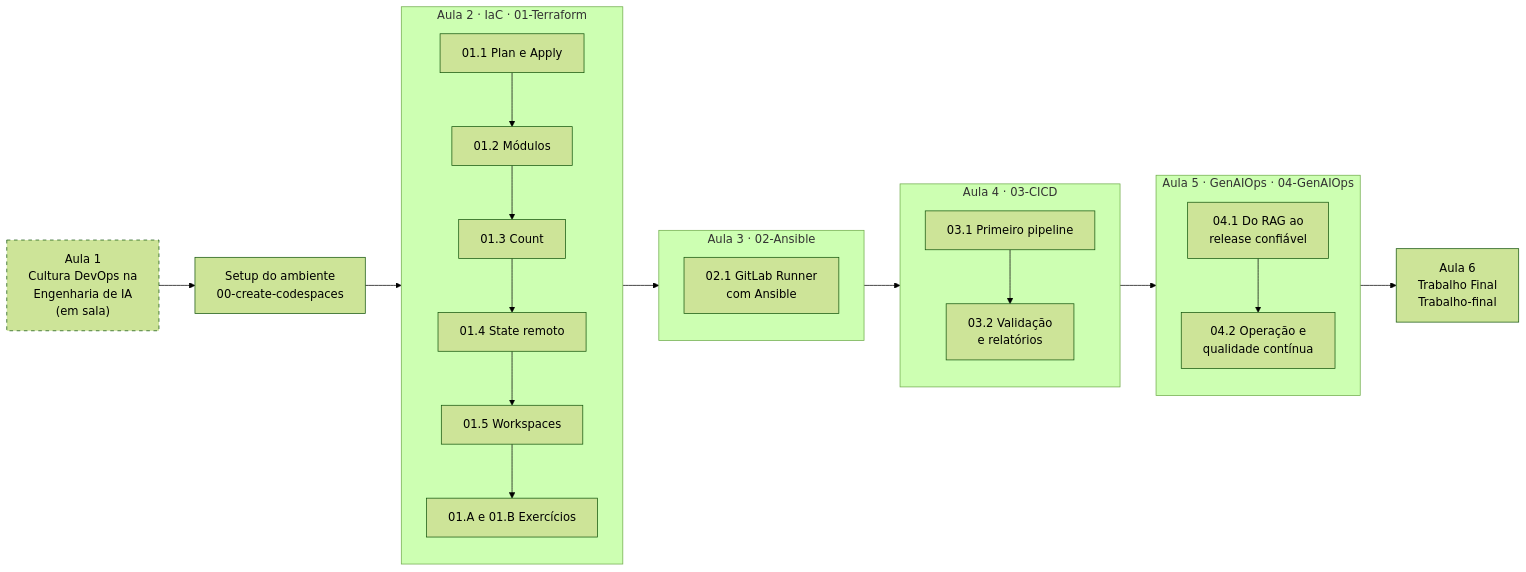
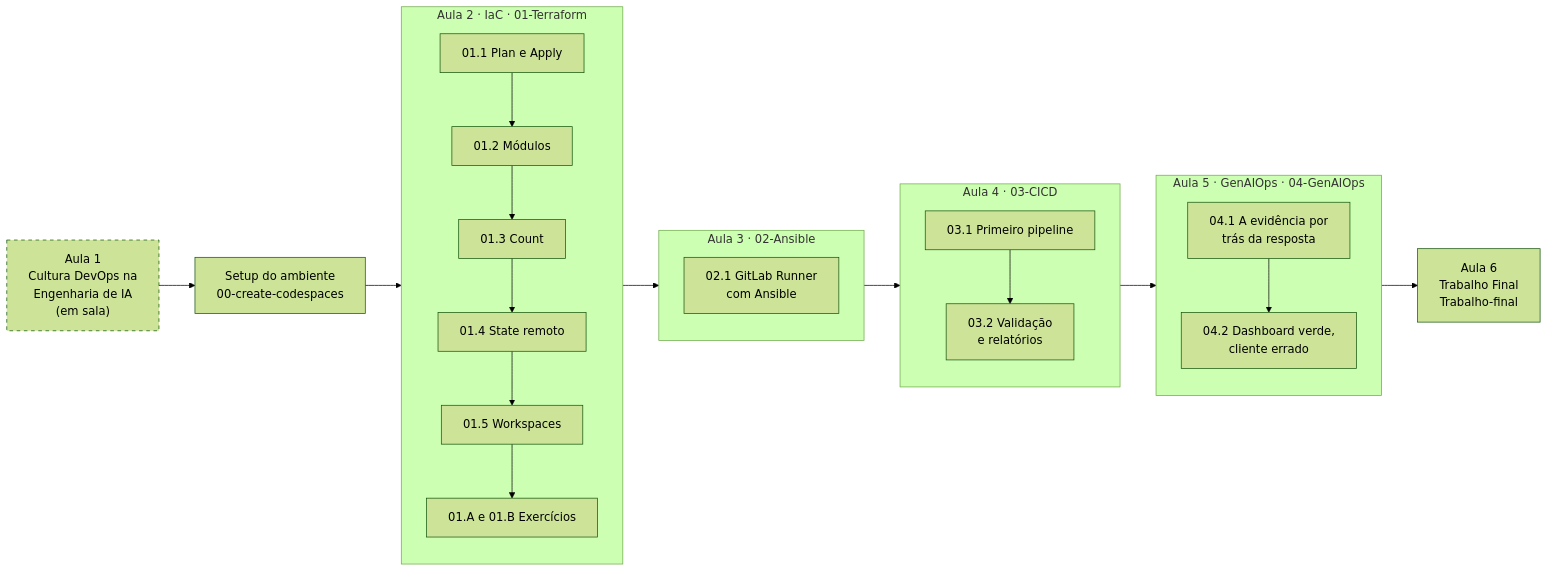
One commit to DiegoRicco/FIAP-AI-Devops-CICD changed the diagram in README.md. Above: the diagram before and after it, drawn with Mermaid (forest theme). The commit also changed other lines of this file and 5 other files, not shown here.

````diff
--- a/README.md
+++ b/README.md
@@ -137,36 +137,36 @@
 ```mermaid
 flowchart LR
     classDef sala stroke-dasharray: 5 5
 
     A1["Aula 1<br/>Cultura DevOps na<br/>Engenharia de IA<br/>(em sala)"]:::sala --> S["Setup do ambiente<br/>00-create-codespaces"]
 
     subgraph A2["Aula 2 · IaC · 01-Terraform"]
         direction TB
         T1["01.1 Plan e Apply"] --> T2["01.2 Módulos"]
         T2 --> T3["01.3 Count"]
         T3 --> T4["01.4 State remoto"]
         T4 --> T5["01.5 Workspaces"]
         T5 --> TE["01.A e 01.B Exercícios"]
     end
 
     subgraph A3["Aula 3 · 02-Ansible"]
         direction TB
         G1["02.1 GitLab Runner<br/>com Ansible"]
     end
 
     subgraph A4["Aula 4 · 03-CICD"]
         direction TB
         C1["03.1 Primeiro pipeline"] --> C2["03.2 Validação<br/>e relatórios"]
     end
 
     subgraph A5["Aula 5 · GenAIOps · 04-GenAIOps"]
         direction TB
-        Q1["04.1 Do RAG ao<br/>release confiável"] --> Q2["04.2 Operação e<br/>qualidade contínua"]
+        Q1["04.1 A evidência por<br/>trás da resposta"] --> Q2["04.2 Dashboard verde,<br/>cliente errado"]
     end
 
     S --> A2
     A2 --> A3
     A3 --> A4
     A4 --> A5
     A5 --> F["Aula 6<br/>Trabalho Final<br/>Trabalho-final"]
 ```
````
